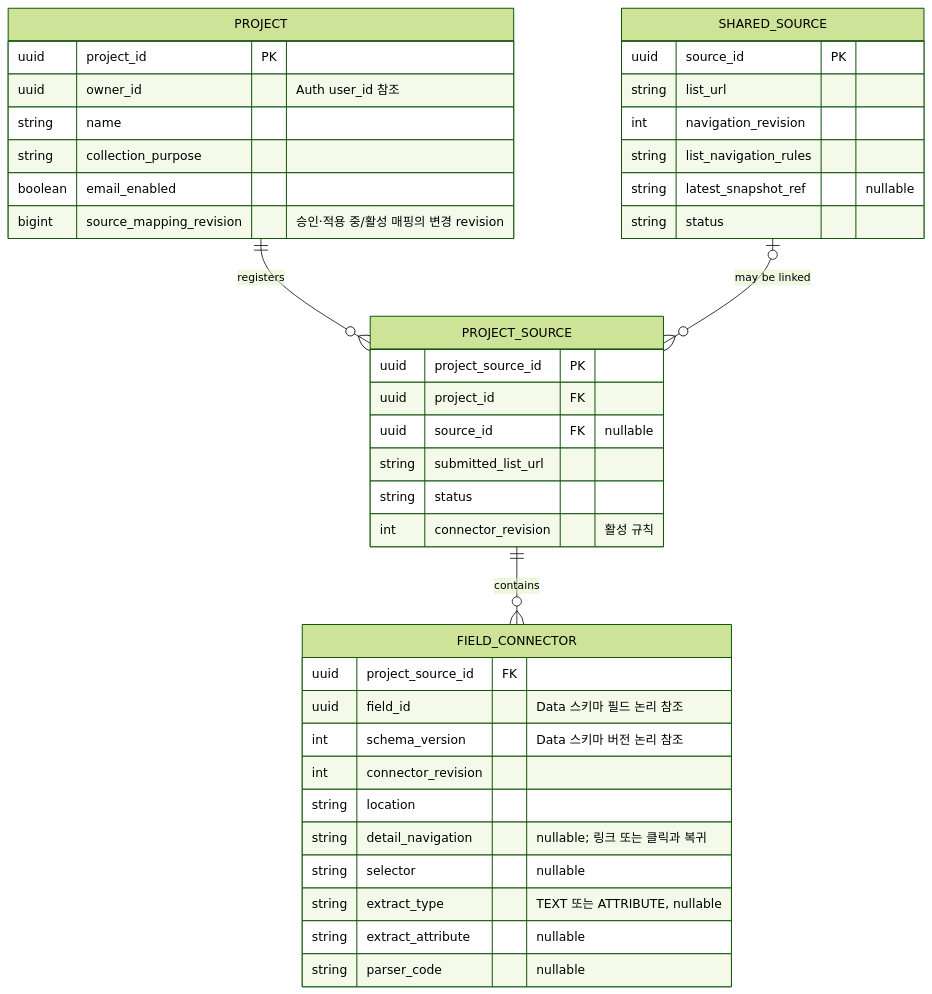
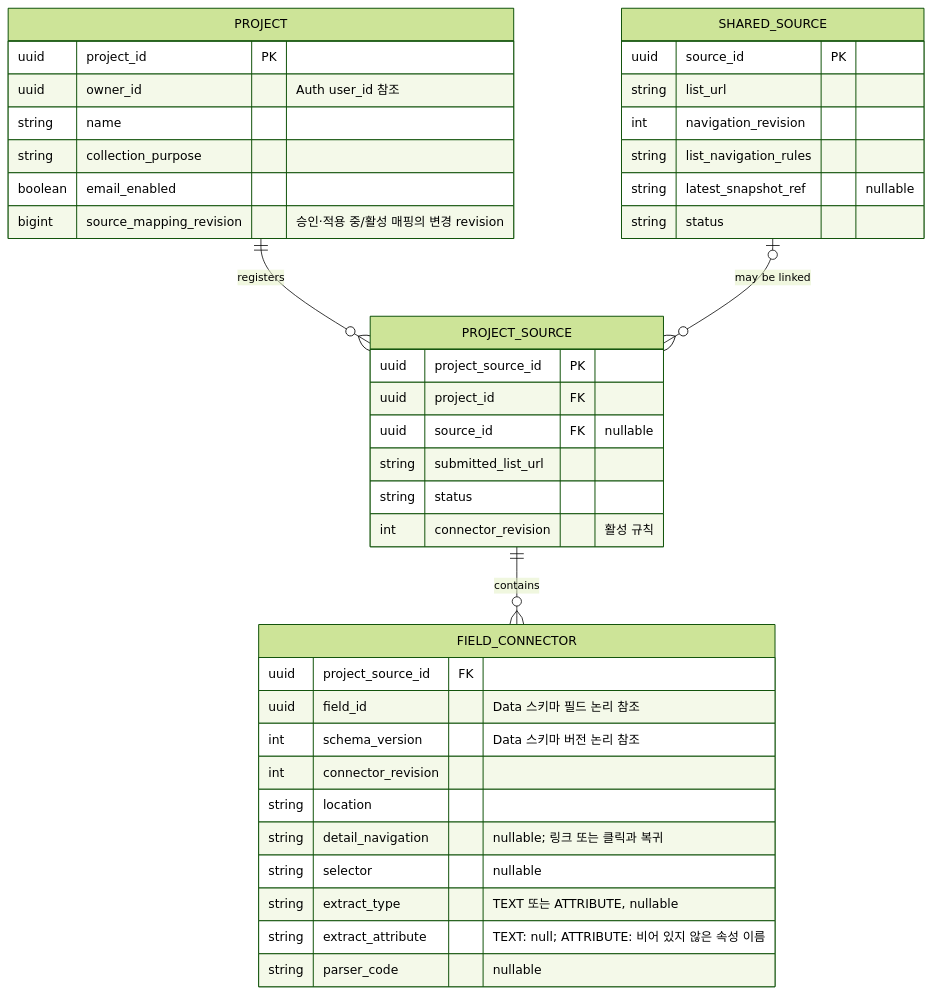
The second of 4 diagrams in docs/erd-initial-design.md (GecSchool/Weavo), drawn with Mermaid (forest theme) before and after one commit. The commit also changed other lines of this file and 8 other files, not shown here.

````diff
--- a/docs/erd-initial-design.md
+++ b/docs/erd-initial-design.md
@@ -92,43 +92,43 @@
 ```mermaid
 erDiagram
     PROJECT ||--o{ PROJECT_SOURCE : "registers"
     SHARED_SOURCE o|--o{ PROJECT_SOURCE : "may be linked"
     PROJECT_SOURCE ||--o{ FIELD_CONNECTOR : "contains"
 
     PROJECT {
         uuid project_id PK
         uuid owner_id "Auth user_id 참조"
         string name
         string collection_purpose
         boolean email_enabled
         bigint source_mapping_revision "승인·적용 중/활성 매핑의 변경 revision"
     }
     PROJECT_SOURCE {
         uuid project_source_id PK
         uuid project_id FK
         uuid source_id FK "nullable"
         string submitted_list_url
         string status
         int connector_revision "활성 규칙"
     }
     SHARED_SOURCE {
         uuid source_id PK
         string list_url
         int navigation_revision
         string list_navigation_rules
         string latest_snapshot_ref "nullable"
         string status
     }
     FIELD_CONNECTOR {
         uuid project_source_id FK
         uuid field_id "Data 스키마 필드 논리 참조"
         int schema_version "Data 스키마 버전 논리 참조"
         int connector_revision
         string location
         string detail_navigation "nullable; 링크 또는 클릭과 복귀"
         string selector "nullable"
         string extract_type "TEXT 또는 ATTRIBUTE, nullable"
-        string extract_attribute "nullable"
+        string extract_attribute "TEXT: null; ATTRIBUTE: 비어 있지 않은 속성 이름"
         string parser_code "nullable"
     }
 ```
````
